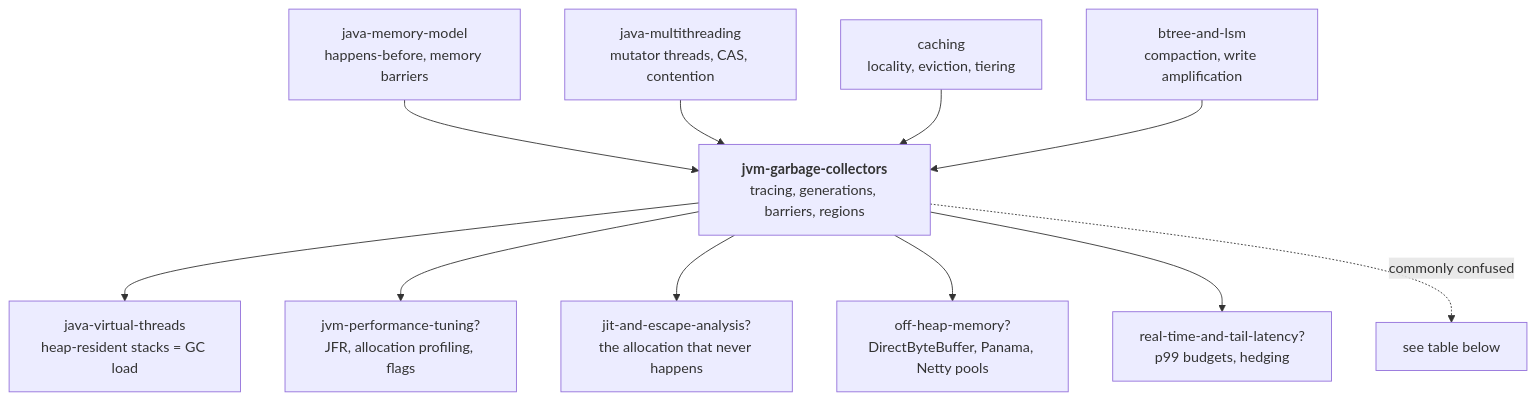
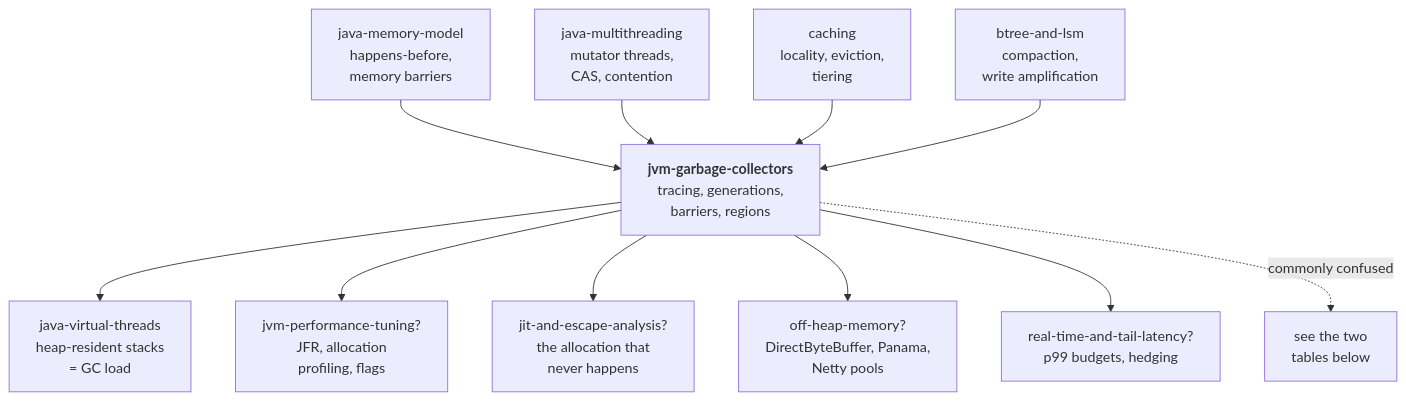
One commit to ravivarmachaluvadi/Learning changed the diagram in 22-jvm-garbage-collectors/README.md. Above: the diagram before and after it, drawn with Mermaid. The commit also changed other lines of this file and 2 other files, not shown here.

First line of the commit message:
Rewrite jvm-garbage-collectors; make preserve-check renumber-proof

````diff
--- a/22-jvm-garbage-collectors/README.md
+++ b/22-jvm-garbage-collectors/README.md
@@ -1662,14 +2090,14 @@
 ```mermaid
-graph TD
-    JMM["java-memory-model<br/>happens-before, memory barriers"] --> GC
-    MT["java-multithreading<br/>mutator threads, CAS, contention"] --> GC
-    CACHE["caching<br/>locality, eviction, tiering"] --> GC
-    LSM["btree-and-lsm<br/>compaction, write amplification"] --> GC
-    GC["<b>jvm-garbage-collectors</b><br/>tracing, generations, barriers, regions"]
-    GC --> VT["java-virtual-threads<br/>heap-resident stacks = GC load"]
-    GC --> JFR["jvm-performance-tuning?<br/>JFR, allocation profiling, flags"]
-    GC --> ESC["jit-and-escape-analysis?<br/>the allocation that never happens"]
-    GC --> OFF["off-heap-memory?<br/>DirectByteBuffer, Panama, Netty pools"]
+flowchart TD
+    JMM["java-memory-model<br/>happens-before,<br/>memory barriers"] --> GC
+    MT["java-multithreading<br/>mutator threads,<br/>CAS, contention"] --> GC
+    CACHE["caching<br/>locality, eviction,<br/>tiering"] --> GC
+    LSM["btree-and-lsm<br/>compaction,<br/>write amplification"] --> GC
+    GC["<b>jvm-garbage-collectors</b><br/>tracing, generations,<br/>barriers, regions"]
+    GC --> VT["java-virtual-threads<br/>heap-resident stacks<br/>= GC load"]
+    GC --> JFR["jvm-performance-tuning?<br/>JFR, allocation<br/>profiling, flags"]
+    GC --> ESC["jit-and-escape-analysis?<br/>the allocation that<br/>never happens"]
+    GC --> OFF["off-heap-memory?<br/>DirectByteBuffer, Panama,<br/>Netty pools"]
     GC --> RT["real-time-and-tail-latency?<br/>p99 budgets, hedging"]
-    GC -.commonly confused.-> CONF["see table below"]
+    GC -.commonly confused.-> CONF["see the two<br/>tables below"]
 ```
````
